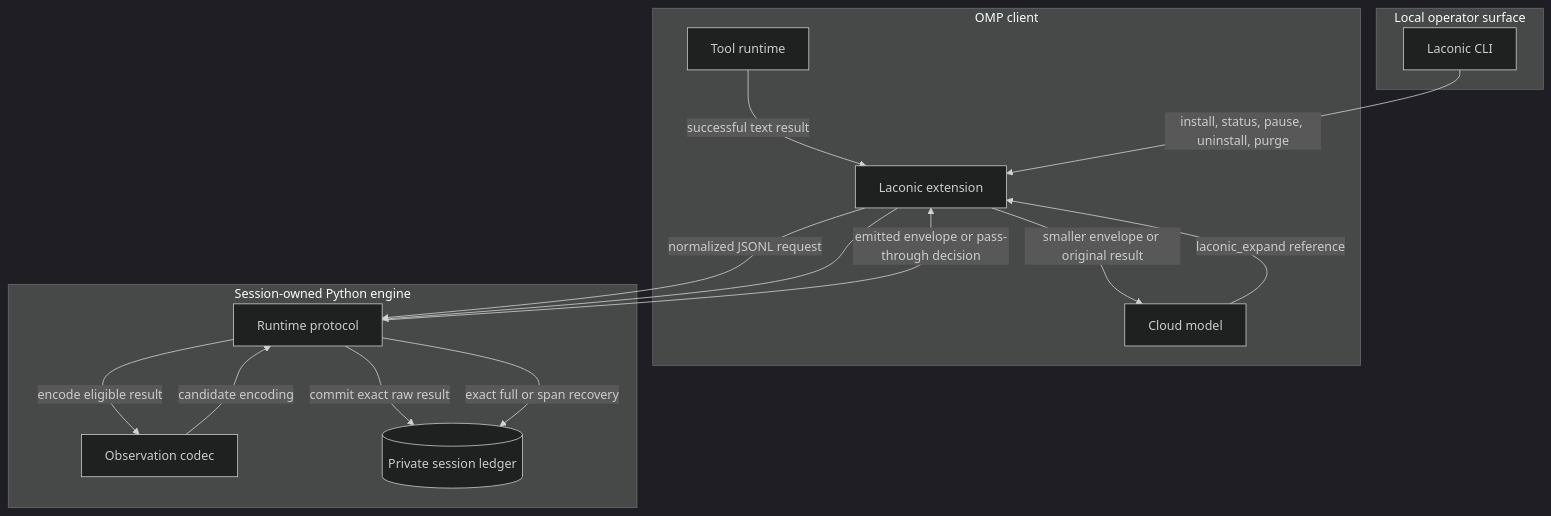
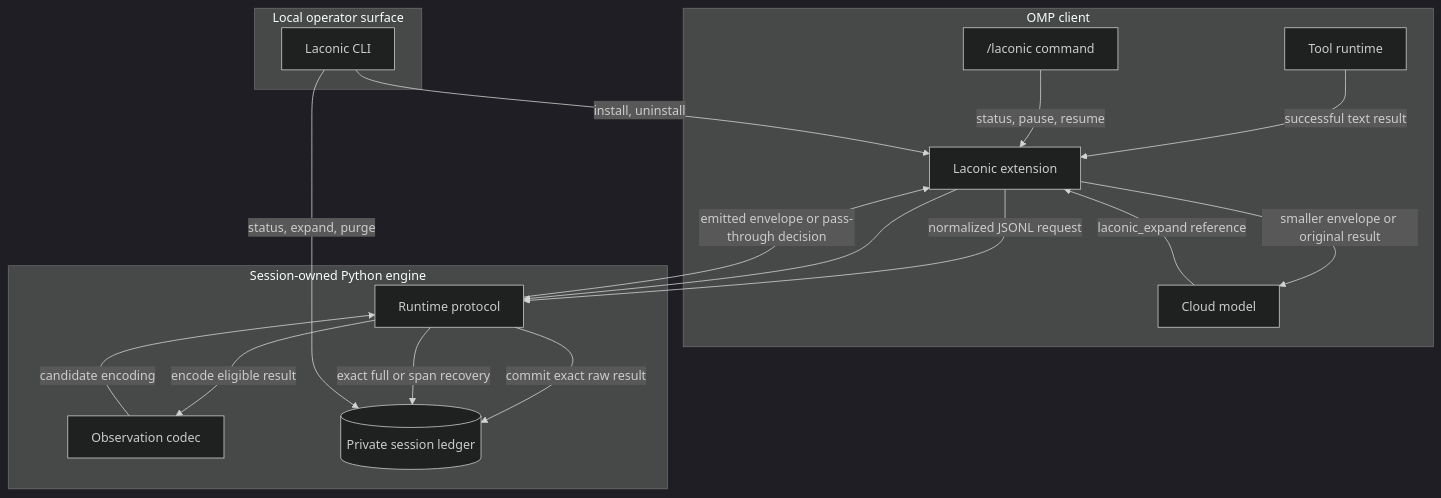
One commit to Mathews-Tom/laconic changed the first of 5 diagrams in docs/system-design.md. Above: the diagram before and after it, drawn with Mermaid (dark theme). The commit also changed other lines of this file and 11 other files, not shown here.

````diff
--- a/docs/system-design.md
+++ b/docs/system-design.md
@@ -9,30 +9,33 @@
 ```mermaid
 graph TB
     subgraph OMP["OMP client"]
         TR["Tool runtime"]
         EX["Laconic extension"]
+        CTL["/laconic command"]
         M["Cloud model"]
     end
 
     subgraph Engine["Session-owned Python engine"]
         RT["Runtime protocol"]
         OC["Observation codec"]
         LG[("Private session ledger")]
     end
 
     subgraph Operator["Local operator surface"]
         CLI["Laconic CLI"]
     end
 
     TR -->|"successful text result"| EX
     EX -->|"normalized JSONL request"| RT
     RT -->|"commit exact raw result"| LG
     RT -->|"encode eligible result"| OC
     OC -->|"candidate encoding"| RT
     RT -->|"emitted envelope or pass-through decision"| EX
     EX -->|"smaller envelope or original result"| M
     M -->|"laconic_expand reference"| EX
     EX --> RT
     RT -->|"exact full or span recovery"| LG
-    CLI -->|"install, status, pause, uninstall, purge"| EX
+    CTL -->|"status, pause, resume"| EX
+    CLI -->|"install, uninstall"| EX
+    CLI -->|"status, expand, purge"| LG
 ```
````
